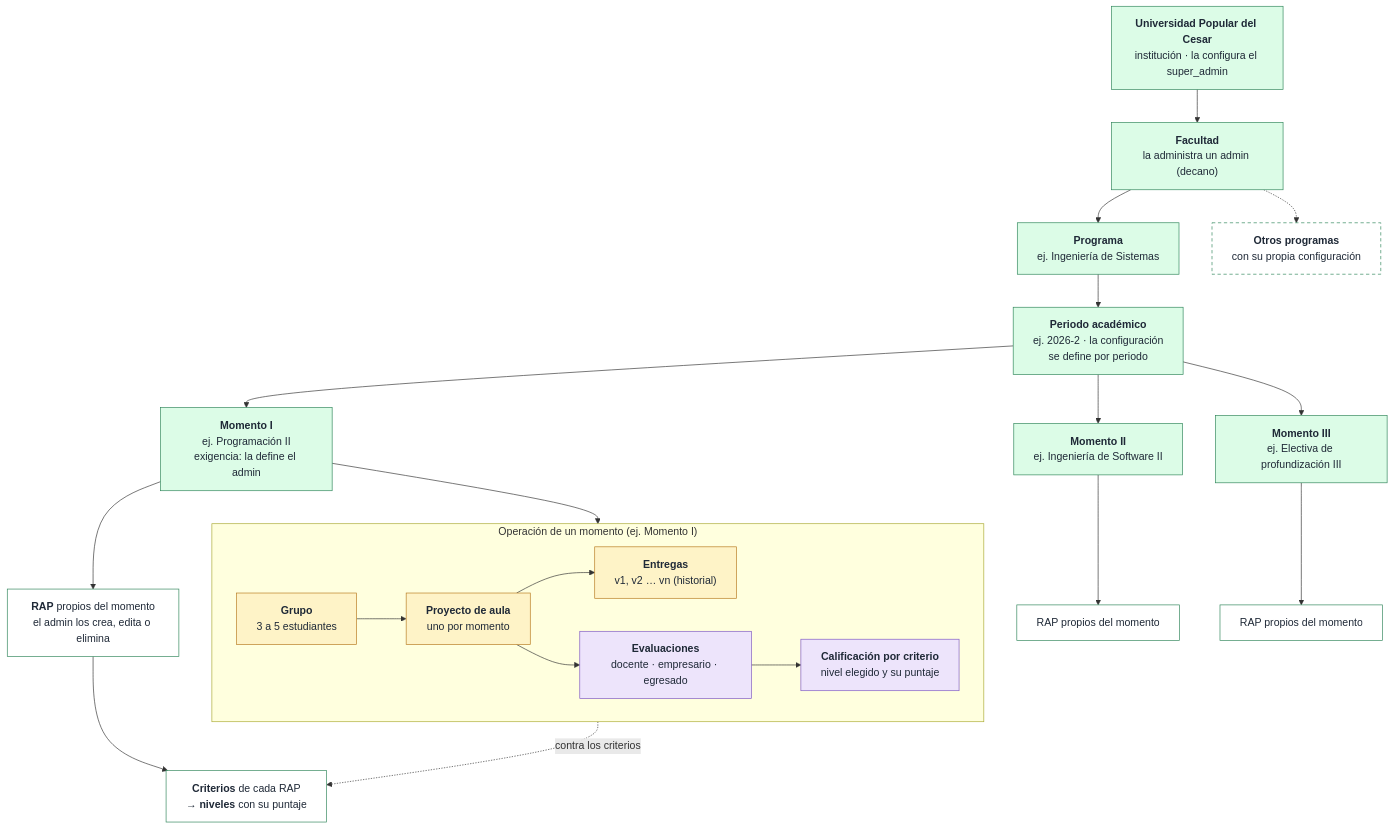
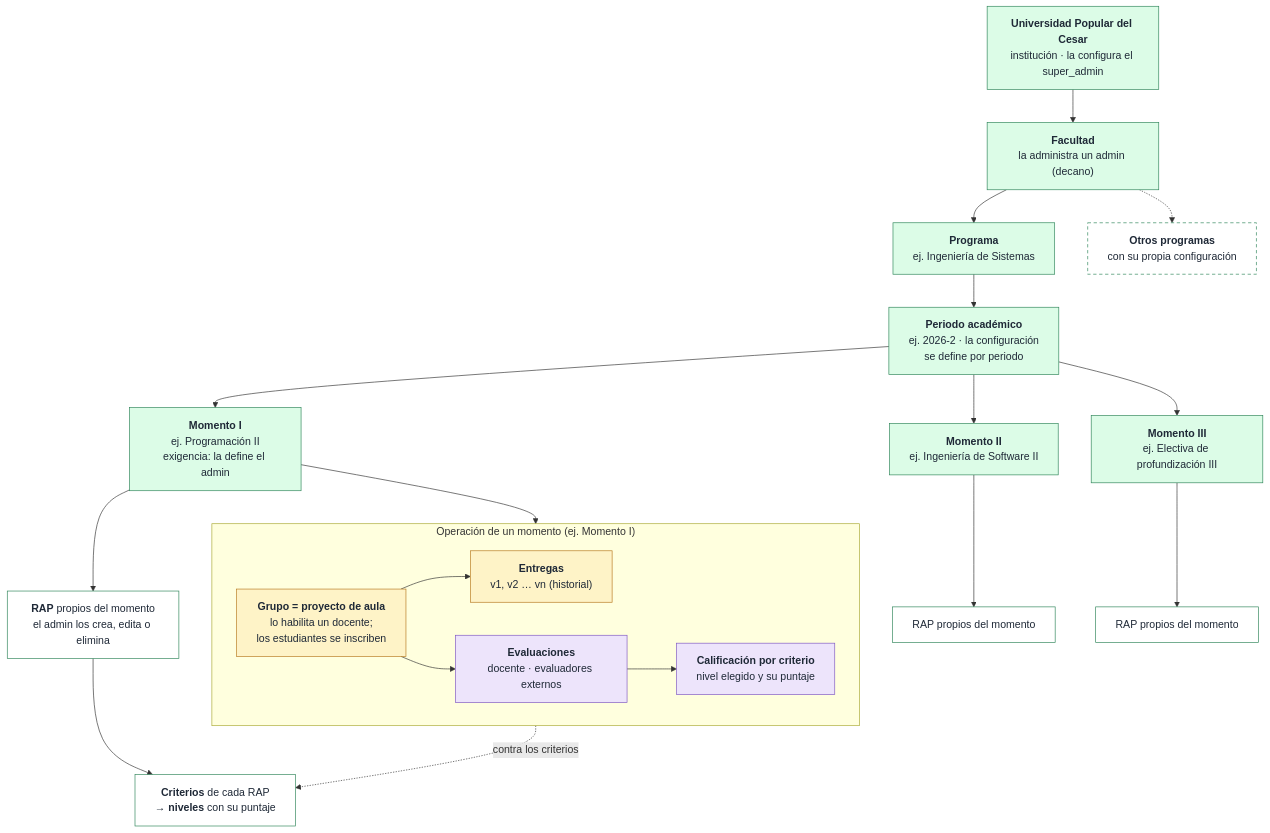
Before and after one commit to Oskarsito7/SIERAP: the fourth of 6 diagrams in docs/diagramas/diagrama_jerarquias.md, drawn with Mermaid. The commit also changed other lines of this file and 11 other files, not shown here.

````diff
--- a/docs/diagramas/diagrama_jerarquias.md
+++ b/docs/diagramas/diagrama_jerarquias.md
@@ -118,43 +120,43 @@
 ```mermaid
 flowchart TD
   UPC["<b>Universidad Popular del Cesar</b><br/>institución · la configura el super_admin"]
   FAC["<b>Facultad</b><br/>la administra un admin (decano)"]
   PROG["<b>Programa</b><br/>ej. Ingeniería de Sistemas"]
   OTROS["<b>Otros programas</b><br/>con su propia configuración"]
   PER["<b>Periodo académico</b><br/>ej. 2026-2 · la configuración<br/>se define por periodo"]
   M1["<b>Momento I</b><br/>ej. Programación II<br/>exigencia: la define el admin"]
   M2["<b>Momento II</b><br/>ej. Ingeniería de Software II"]
   M3["<b>Momento III</b><br/>ej. Electiva de profundización III"]
   R1["<b>RAP</b> propios del momento<br/>el admin los crea, edita o elimina"]
   R2["RAP propios del momento"]
   R3["RAP propios del momento"]
   CRI["<b>Criterios</b> de cada RAP<br/>→ <b>niveles</b> con su puntaje"]
 
   UPC --> FAC --> PROG --> PER
   FAC -.-> OTROS
   PER --> M1 & M2 & M3
   M1 --> R1 --> CRI
   M2 --> R2
   M3 --> R3
 
   subgraph OP["Operación de un momento (ej. Momento I)"]
     direction LR
-    GRP["<b>Grupo</b><br/>3 a 5 estudiantes"] --> PA["<b>Proyecto de aula</b><br/>uno por momento"]
-    PA --> ENT["<b>Entregas</b><br/>v1, v2 … vn (historial)"]
-    PA --> EV["<b>Evaluaciones</b><br/>docente · empresario · egresado"]
+    GRP["<b>Grupo = proyecto de aula</b><br/>lo habilita un docente;<br/>los estudiantes se inscriben"]
+    GRP --> ENT["<b>Entregas</b><br/>v1, v2 … vn (historial)"]
+    GRP --> EV["<b>Evaluaciones</b><br/>docente · evaluadores externos"]
     EV --> CAL["<b>Calificación por criterio</b><br/>nivel elegido y su puntaje"]
   end
   M1 --> GRP
   CAL -. contra los criterios .-> CRI
 
   classDef acad fill:#DCFCE7,stroke:#2F855A,color:#1F2937
   classDef oper fill:#FEF3C7,stroke:#B7791F,color:#1F2937
   classDef eval fill:#EDE4FB,stroke:#7E57C2,color:#1F2937
   classDef rap fill:#FFFFFF,stroke:#2F855A,color:#1F2937
   classDef otro fill:#FFFFFF,stroke:#2F855A,color:#1F2937,stroke-dasharray:5 4
   class UPC,FAC,PROG,PER,M1,M2,M3 acad
   class R1,R2,R3,CRI rap
   class OTROS otro
-  class GRP,PA,ENT oper
+  class GRP,ENT oper
   class EV,CAL eval
 ```
````
